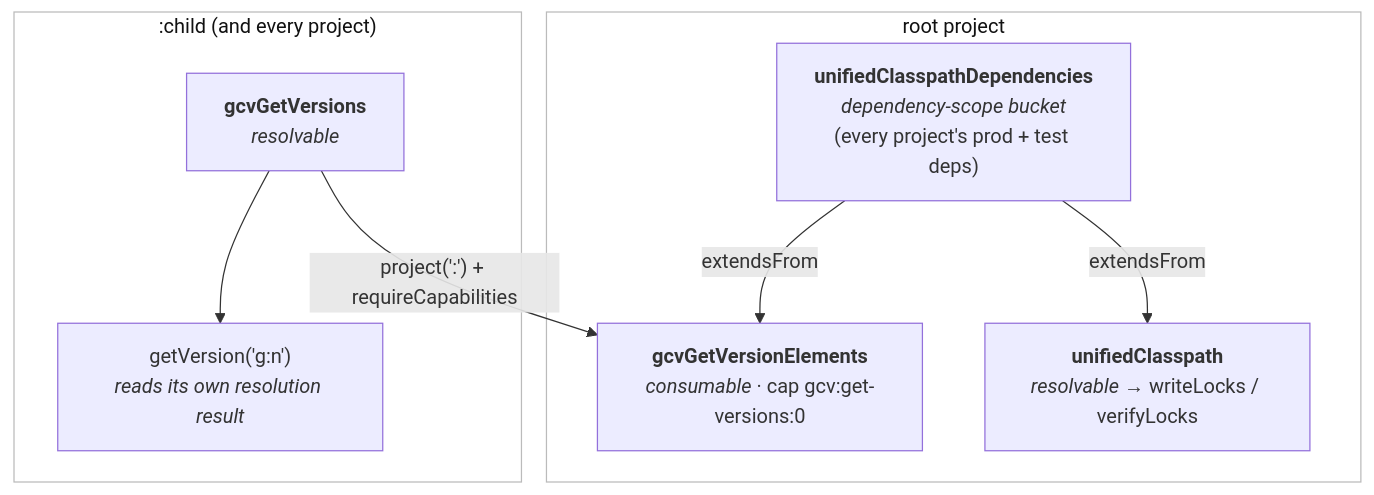
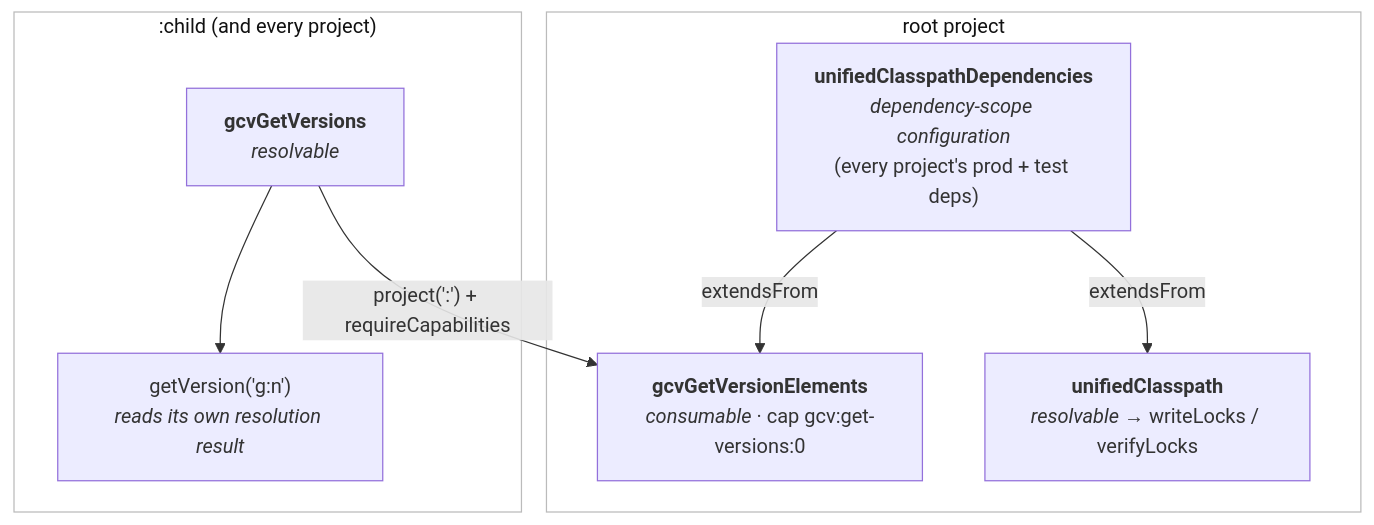
Before and after one commit to palantir/gradle-consistent-versions: the diagram in docs/adr/0001-getversion-per-project-resolution.md, drawn with Mermaid. The commit also changed other lines of this file, not shown here.

Commit message:
not bucket

````diff
--- a/docs/adr/0001-getversion-per-project-resolution.md
+++ b/docs/adr/0001-getversion-per-project-resolution.md
@@ -44,19 +44,19 @@
 ```mermaid
 flowchart TD
     subgraph root["root project"]
-        bucket["<b>unifiedClasspathDependencies</b><br/><i>dependency-scope bucket</i><br/>(every project's prod + test deps)"]
+        deps["<b>unifiedClasspathDependencies</b><br/><i>dependency-scope configuration</i><br/>(every project's prod + test deps)"]
         elements["<b>gcvGetVersionElements</b><br/><i>consumable</i> · cap gcv:get-versions:0"]
         unified["<b>unifiedClasspath</b><br/><i>resolvable</i> → writeLocks / verifyLocks"]
-        bucket -->|extendsFrom| elements
-        bucket -->|extendsFrom| unified
+        deps -->|extendsFrom| elements
+        deps -->|extendsFrom| unified
     end
     subgraph child[":child (and every project)"]
         getv["<b>gcvGetVersions</b><br/><i>resolvable</i>"]
         gv["getVersion('g:n')<br/><i>reads its own resolution result</i>"]
         getv --> gv
     end
     getv -->|"project(':') + requireCapabilities"| elements
 
     style root fill:none,stroke:#bbb,color:#111
     style child fill:none,stroke:#bbb,color:#111
 ```
````
